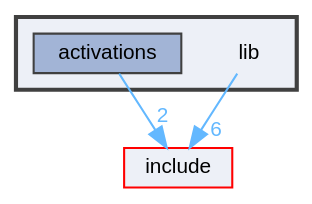
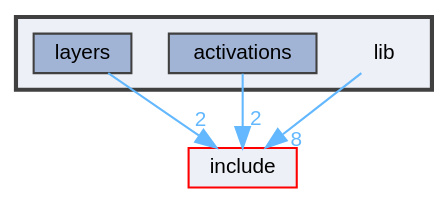
The diagram in dir_97aefd0d527b934f1d99a682da8fe6a9_dep.dot (Nalin-Angrish/FlexNN), drawn with Graphviz before and after one commit. The commit also changed 153 other files, not shown here.

```diff
--- a/dir_97aefd0d527b934f1d99a682da8fe6a9_dep.dot
+++ b/dir_97aefd0d527b934f1d99a682da8fe6a9_dep.dot
@@ -1,16 +1,18 @@
 digraph "lib"
 {
  // LATEX_PDF_SIZE
   bgcolor="transparent";
   edge [fontname=Helvetica,fontsize=10,labelfontname=Helvetica,labelfontsize=10];
   node [fontname=Helvetica,fontsize=10,shape=box,height=0.2,width=0.4];
   compound=true
   subgraph clusterdir_97aefd0d527b934f1d99a682da8fe6a9 {
     graph [ bgcolor="#edf0f7", pencolor="grey25", label="", fontname=Helvetica,fontsize=10 style="filled,bold", URL="dir_97aefd0d527b934f1d99a682da8fe6a9.html",tooltip=""]
     dir_97aefd0d527b934f1d99a682da8fe6a9 [shape=plaintext, label="lib"];
   dir_b0e7430562ec5a8c59ced5d88f2a7495 [label="activations", fillcolor="#a2b4d6", color="grey25", style="filled", URL="dir_b0e7430562ec5a8c59ced5d88f2a7495.html",tooltip=""];
+  dir_0fba9a2629bccea8502564cfea74a00b [label="layers", fillcolor="#a2b4d6", color="grey25", style="filled", URL="dir_0fba9a2629bccea8502564cfea74a00b.html",tooltip=""];
   }
   dir_d44c64559bbebec7f509842c48db8b23 [label="include", fillcolor="#edf0f7", color="red", style="filled", URL="dir_d44c64559bbebec7f509842c48db8b23.html",tooltip=""];
-  dir_97aefd0d527b934f1d99a682da8fe6a9->dir_d44c64559bbebec7f509842c48db8b23 [headlabel="6", labeldistance=1.5 headhref="dir_000003_000002.html" href="dir_000003_000002.html" color="steelblue1" fontcolor="steelblue1"];
+  dir_97aefd0d527b934f1d99a682da8fe6a9->dir_d44c64559bbebec7f509842c48db8b23 [headlabel="8", labeldistance=1.5 headhref="dir_000005_000002.html" href="dir_000005_000002.html" color="steelblue1" fontcolor="steelblue1"];
   dir_b0e7430562ec5a8c59ced5d88f2a7495->dir_d44c64559bbebec7f509842c48db8b23 [headlabel="2", labeldistance=1.5 headhref="dir_000001_000002.html" href="dir_000001_000002.html" color="steelblue1" fontcolor="steelblue1"];
+  dir_0fba9a2629bccea8502564cfea74a00b->dir_d44c64559bbebec7f509842c48db8b23 [headlabel="2", labeldistance=1.5 headhref="dir_000004_000002.html" href="dir_000004_000002.html" color="steelblue1" fontcolor="steelblue1"];
 }
```
